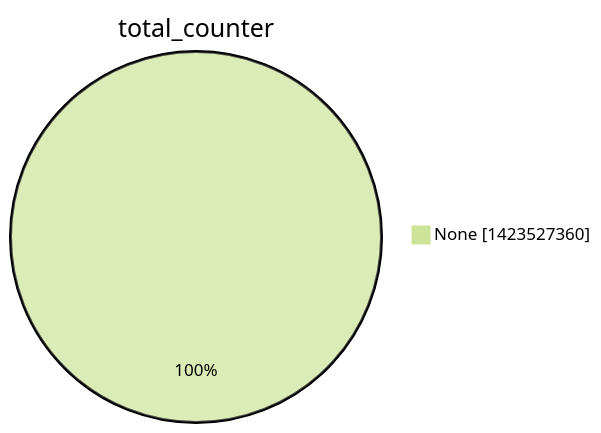
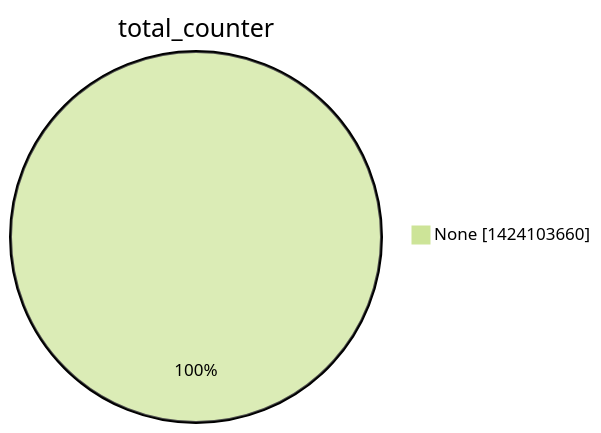
The second of 15 diagrams in argon2022/README.md (christiankrug/ctmonitor_visualization), drawn with Mermaid (forest theme) before and after one commit. The commit also changed other lines of this file, not shown here.

````diff
--- a/argon2022/README.md
+++ b/argon2022/README.md
@@ -9,5 +9,5 @@
 ```mermaid
 pie showData
 title total_counter
-"None" :1423527360
+"None" :1424103660
 ```
````
